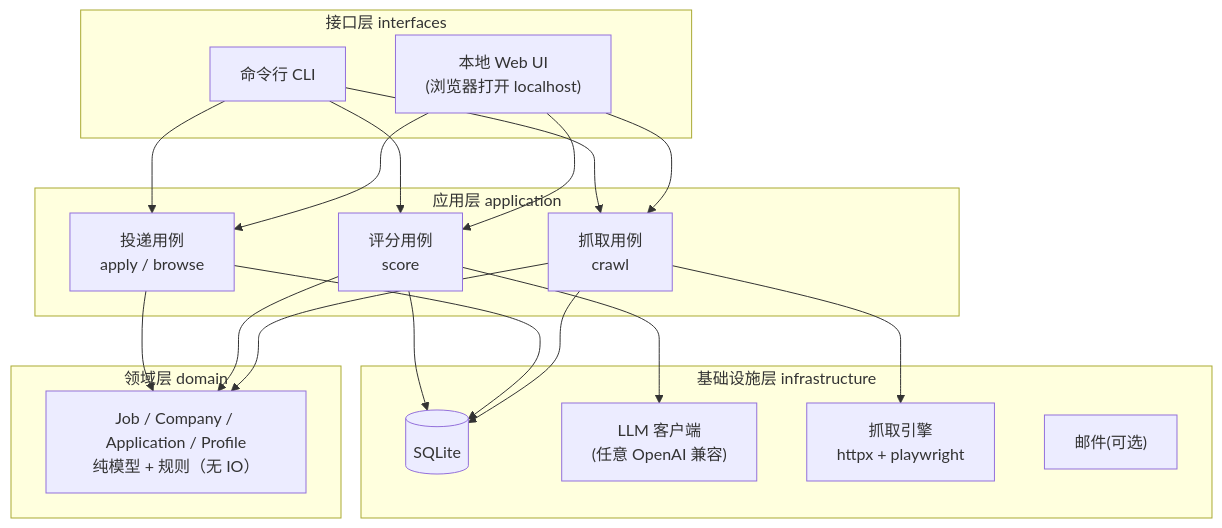
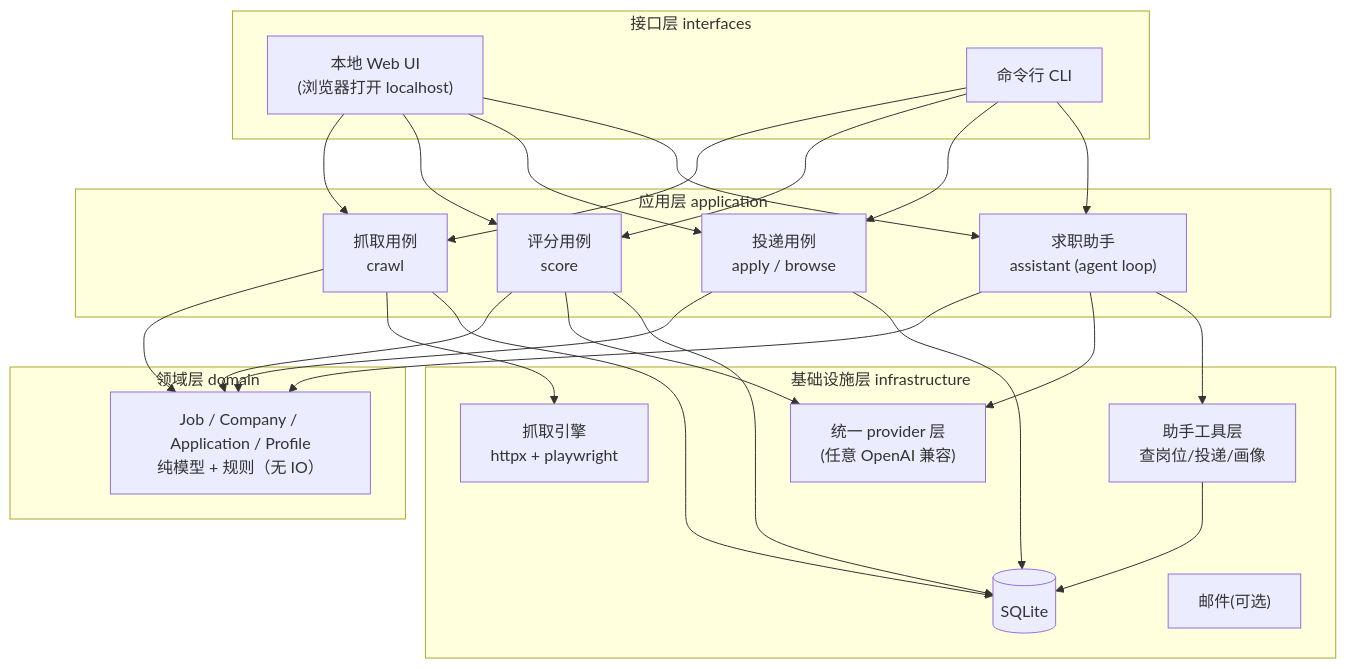
The diagram in docs/DEVELOPMENT-PLAN.md (shhjjs111/hunter1), drawn with Mermaid before and after one commit. The commit also changed other lines of this file and 1 other file, not shown here.

Commit message:
docs: 求职助手提升为核心功能（v0.2）——自研轻量 agent 替代 codex + 统一 provider 层

````diff
--- a/docs/DEVELOPMENT-PLAN.md
+++ b/docs/DEVELOPMENT-PLAN.md
@@ -97,28 +105,33 @@
 ```mermaid
 graph TD
     subgraph 接口层 interfaces
       WEB["本地 Web UI<br/>(浏览器打开 localhost)"]
       CLI["命令行 CLI"]
     end
     subgraph 应用层 application
       UC1["抓取用例<br/>crawl"]
       UC2["评分用例<br/>score"]
       UC3["投递用例<br/>apply / browse"]
+      UC4["求职助手<br/>assistant (agent loop)"]
     end
     subgraph 领域层 domain
       M["Job / Company / Application / Profile<br/>纯模型 + 规则（无 IO）"]
     end
     subgraph 基础设施层 infrastructure
       DB[("SQLite")]
-      LLM["LLM 客户端<br/>(任意 OpenAI 兼容)"]
+      LLM["统一 provider 层<br/>(任意 OpenAI 兼容)"]
+      TOOLS["助手工具层<br/>查岗位/投递/画像"]
       CRAWL["抓取引擎<br/>httpx + playwright"]
       MAIL["邮件(可选)"]
     end
-    WEB --> UC1 & UC2 & UC3
-    CLI --> UC1 & UC2 & UC3
-    UC1 & UC2 & UC3 --> M
+    WEB --> UC1 & UC2 & UC3 & UC4
+    CLI --> UC1 & UC2 & UC3 & UC4
+    UC1 & UC2 & UC3 & UC4 --> M
     UC1 --> CRAWL
     UC2 --> LLM
+    UC4 --> LLM
+    UC4 --> TOOLS
+    TOOLS --> DB
     UC1 & UC3 --> DB
     UC2 --> DB
 ```
````
